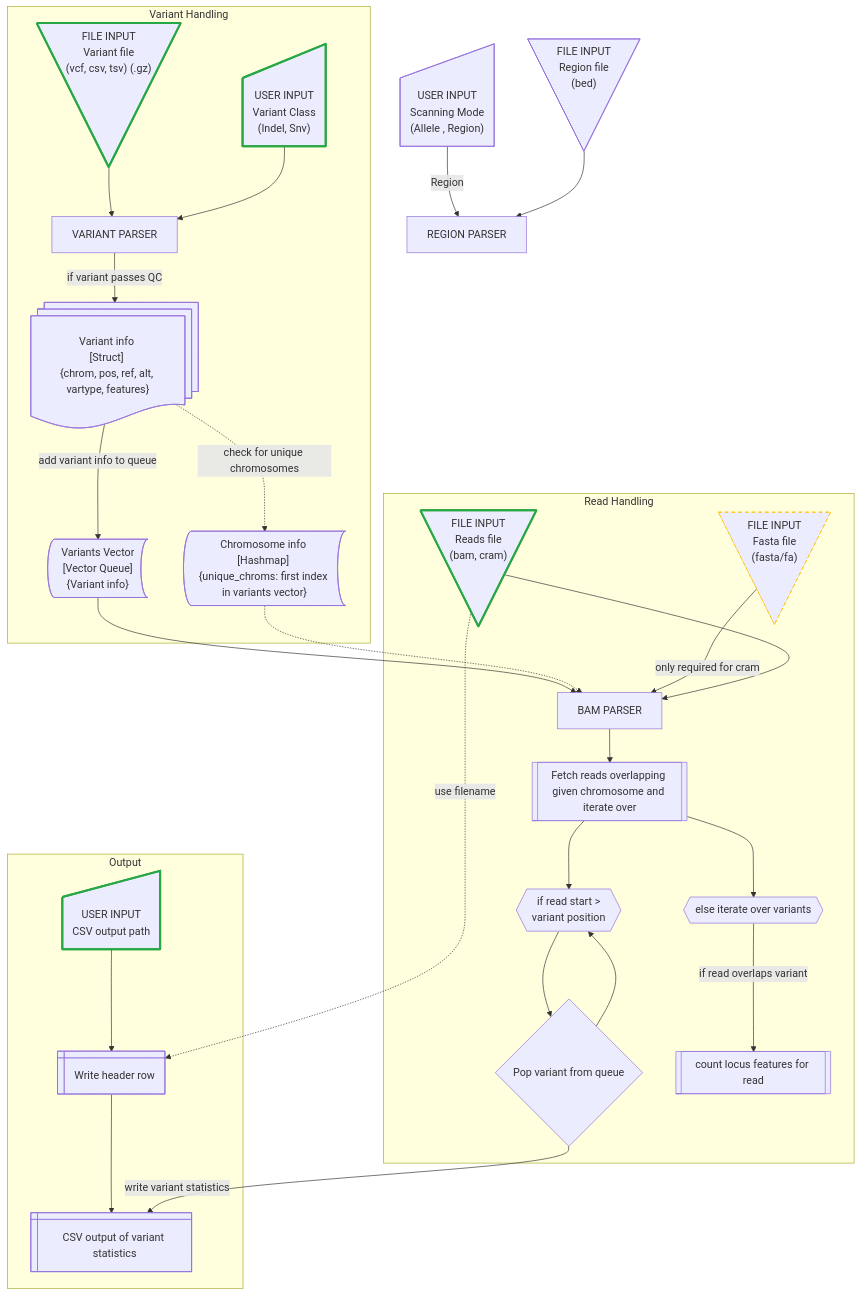
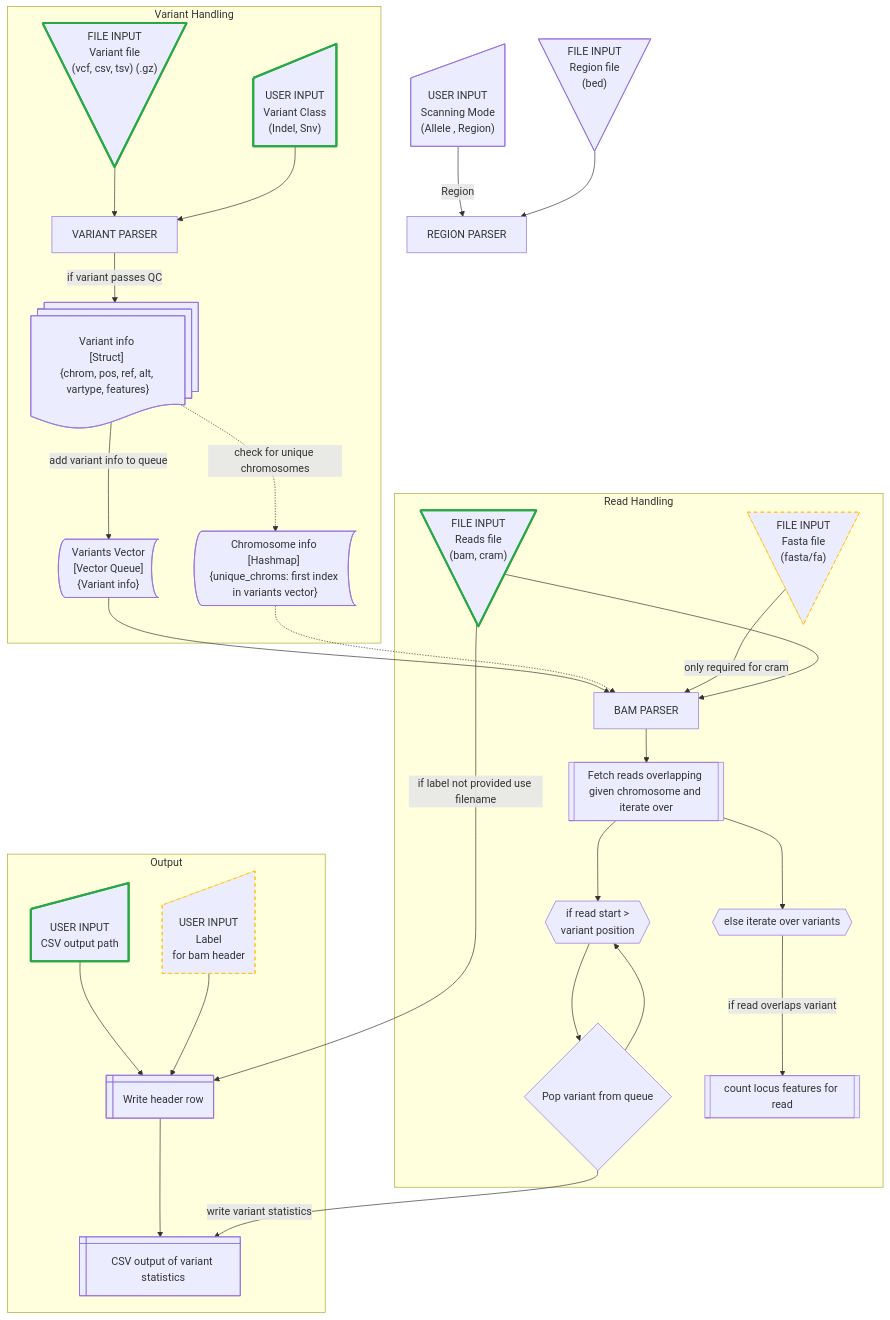
The first of 2 diagrams in docs/flowchart.md (jchchiu/rust-varlap), drawn with Mermaid before and after one commit. The commit also changed 2 other files, not shown here.

Commit message:
refactor: removed redundant code for header generation

````diff
--- a/docs/flowchart.md
+++ b/docs/flowchart.md
@@ -1,59 +1,61 @@
 ```mermaid
 flowchart TD
 
     %% Define CSS classes for styling
     classDef required stroke:#28a745,stroke-width:3px;
     classDef optional stroke:#ffc107,stroke-width:1px,stroke-dasharray: 5 5;
 
     %% VARIANTS
     subgraph Variant Handling
 
     var_file:::required@{ shape: manual-file, label: "FILE INPUT \n Variant file \n (vcf, csv, tsv) (.gz)"}
 
     var_file --> var_parse@{ shape: rect, label: "VARIANT PARSER" }
     var_class:::required@{ shape: manual-input, label: "USER INPUT \n Variant Class \n (Indel, Snv)"} --> var_parse
     var_parse -->|if variant passes QC| variants@{ shape: docs, label: "Variant info \n [Struct] \n {chrom, pos, ref, alt, vartype, features}" }
     variants -.->|check for unique chromosomes| chrom_unique@{ shape: bow-rect, label: "Chromosome info \n [Hashmap] \n {unique_chroms: first index in variants vector}" }
     variants -- add variant info to queue--> var_queue@{ shape: bow-rect, label: "Variants Vector \n [Vector Queue] \n {Variant info}" }
 
     end
 
     %% TO BE IMPLEMENTED (SCANNING MODE)
     scanning_mode@{ shape: manual-input, label: "USER INPUT \n Scanning Mode \n (Allele , Region)"} -- Region --> region_parse@{ shape: rect, label: "REGION PARSER" }
     bed_file@{ shape: manual-file, label: "FILE INPUT \n Region file \n (bed)"}
     bed_file --> region_parse
 
     %% OUTPUT
     subgraph Output
 
     csv_filename:::required@{ shape: manual-input, label: "USER INPUT \n CSV output path" } --> write_header@{ shape: win-pane, label: "Write header row" }
+    label:::optional@{ shape: manual-input, label: "USER INPUT \n Label \n for bam header "}
     write_header --> variant_output@{ shape: win-pane, label: "CSV output of variant statistics" }
+    label --> write_header
 
     end
 
     %% READS
     
     subgraph Read Handling
 
     var_queue --> bam_parse@{ shape: rect, label: "BAM PARSER"}
     chrom_unique -.-> bam_parse
     var_class@{ shape: manual-input, label: "USER INPUT \n Variant Class \n (Indel, Snv)"}
 
     reads_file:::required@{ shape: manual-file, label: "FILE INPUT \n Reads file \n (bam, cram)"}
     fasta_file:::optional@{ shape: manual-file, label: "FILE INPUT \n Fasta file \n (fasta/fa)"}
 
     fasta_file -->|only required for cram| bam_parse
     reads_file --> bam_parse
     bam_parse --> fetch_reads@{shape: subproc, label: "Fetch reads overlapping given chromosome and iterate over" }
     fetch_reads --> variant_conditional@{ shape: hex, label: "if read start > \n variant position" }
     variant_conditional --> remove_variant@{ shape: diamond, label: "Pop variant from queue" }
     remove_variant --> variant_conditional
     fetch_reads --> variant_iter@{ shape: hex, label: "else iterate over variants" }
     variant_iter -->|if read overlaps variant| count_features@{ shape: subproc, label: "count locus features for read" }
 
     end
 
-    reads_file -.->|use filename| write_header
+    reads_file -->|if label not provided use filename| write_header
     remove_variant -->|write variant statistics| variant_output
 
 ```
````
